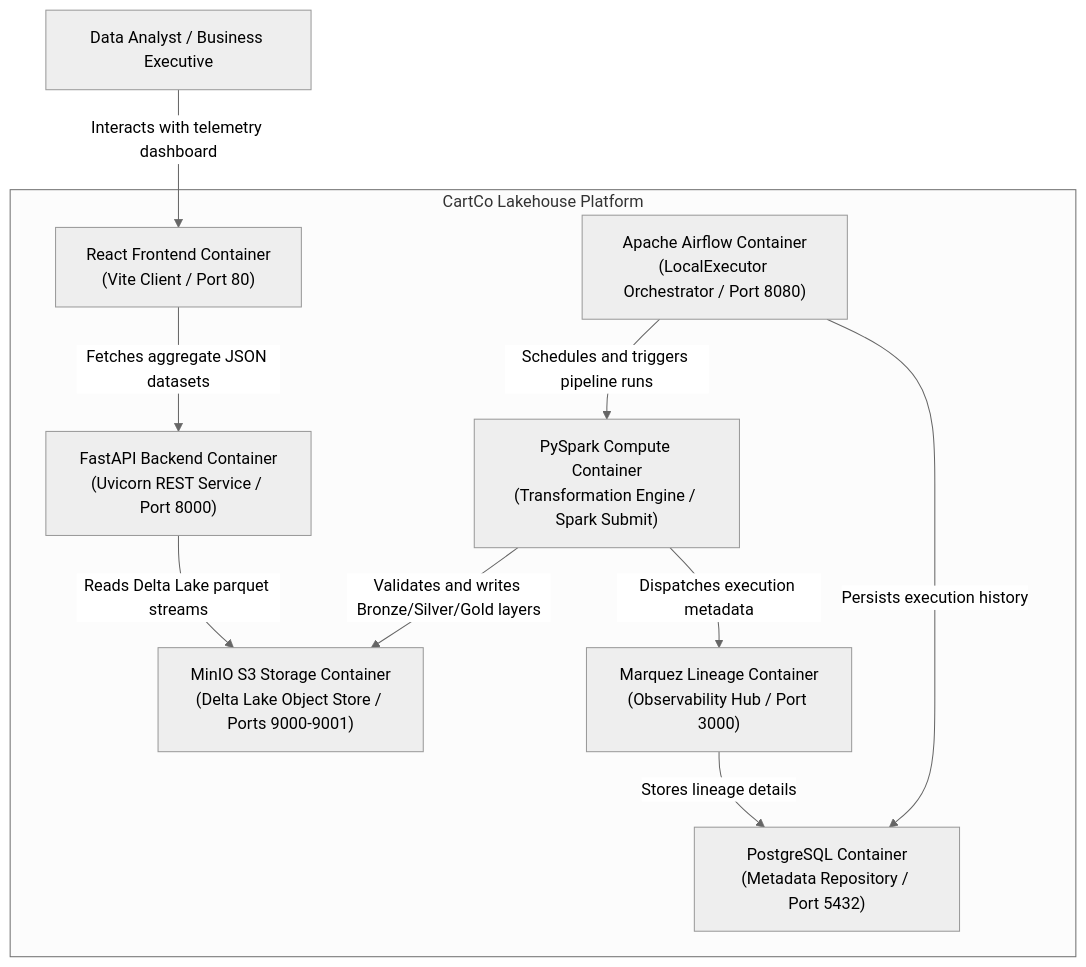
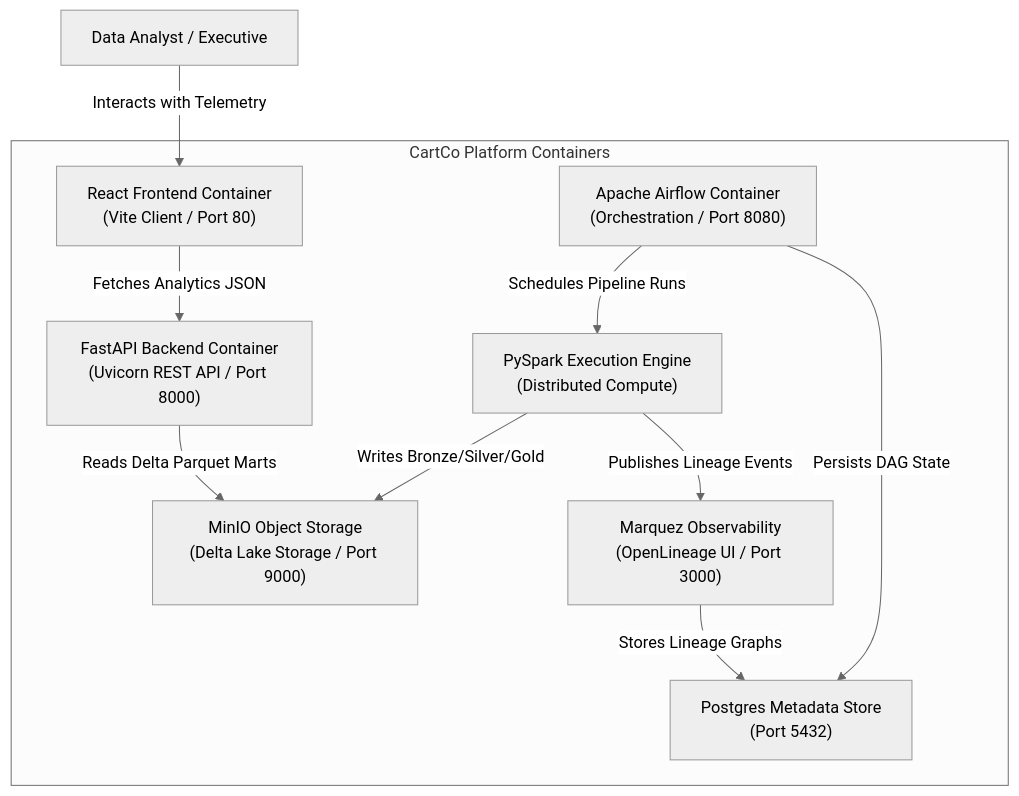
Before and after one commit to Madhavhk04/CartCo: the second of 2 diagrams in README.md, drawn with Mermaid (neutral theme). The commit also changed other lines of this file, not shown here.

````diff
--- a/README.md
+++ b/README.md
@@ -106,28 +102,23 @@
 ```mermaid
 graph TB
-    %% Users
-    U["Data Analyst / Business Executive"]
+    U["Data Analyst / Executive"]
     
-    %% Containers
-    subgraph "CartCo Lakehouse Platform"
+    subgraph "CartCo Platform Containers"
         FE["React Frontend Container<br/>(Vite Client / Port 80)"]
-        BE["FastAPI Backend Container<br/>(Uvicorn REST Service / Port 8000)"]
-        S3["MinIO S3 Storage Container<br/>(Delta Lake Object Store / Ports 9000-9001)"]
-        AF["Apache Airflow Container<br/>(LocalExecutor Orchestrator / Port 8080)"]
-        SP["PySpark Compute Container<br/>(Transformation Engine / Spark Submit)"]
-        MQ["Marquez Lineage Container<br/>(Observability Hub / Port 3000)"]
-        DB["PostgreSQL Container<br/>(Metadata Repository / Port 5432)"]
+        BE["FastAPI Backend Container<br/>(Uvicorn REST API / Port 8000)"]
+        S3["MinIO Object Storage<br/>(Delta Lake Storage / Port 9000)"]
+        AF["Apache Airflow Container<br/>(Orchestration / Port 8080)"]
+        SP["PySpark Execution Engine<br/>(Distributed Compute)"]
+        MQ["Marquez Observability<br/>(OpenLineage UI / Port 3000)"]
+        DB["Postgres Metadata Store<br/>(Port 5432)"]
     end
-    
-    %% Inbound Connections
-    U -->|Interacts with telemetry dashboard| FE
-    FE -->|Fetches aggregate JSON datasets| BE
-    BE -->|Reads Delta Lake parquet streams| S3
-    
-    %% Pipeline Orchestration & Processing
-    AF -->|Schedules and triggers pipeline runs| SP
-    SP -->|Validates and writes Bronze/Silver/Gold layers| S3
-    SP -->|Dispatches execution metadata| MQ
-    MQ -->|Stores lineage details| DB
-    AF -->|Persists execution history| DB
+
+    U -->|Interacts with Telemetry| FE
+    FE -->|Fetches Analytics JSON| BE
+    BE -->|Reads Delta Parquet Marts| S3
+    AF -->|Schedules Pipeline Runs| SP
+    SP -->|Writes Bronze/Silver/Gold| S3
+    SP -->|Publishes Lineage Events| MQ
+    MQ -->|Stores Lineage Graphs| DB
+    AF -->|Persists DAG State| DB
 ```
````
